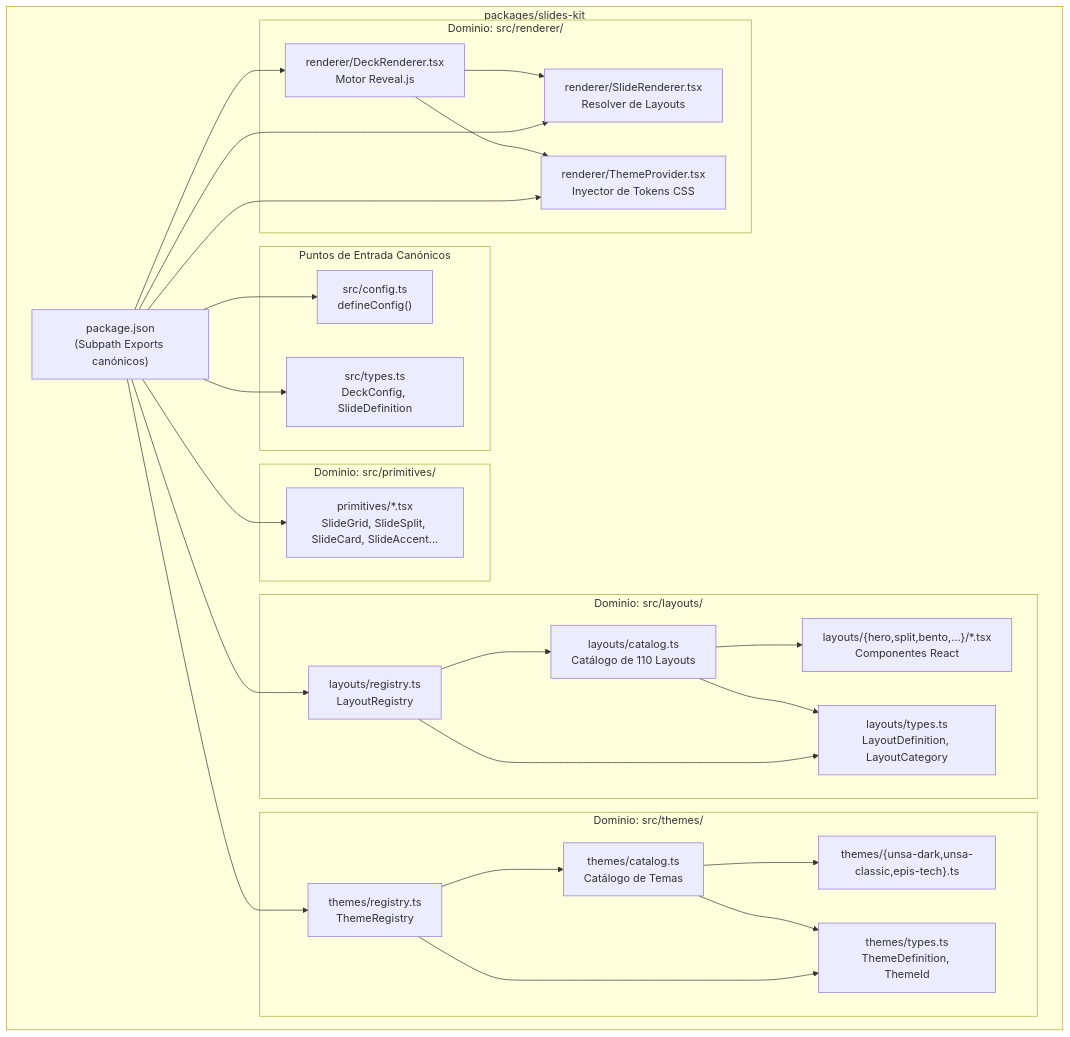
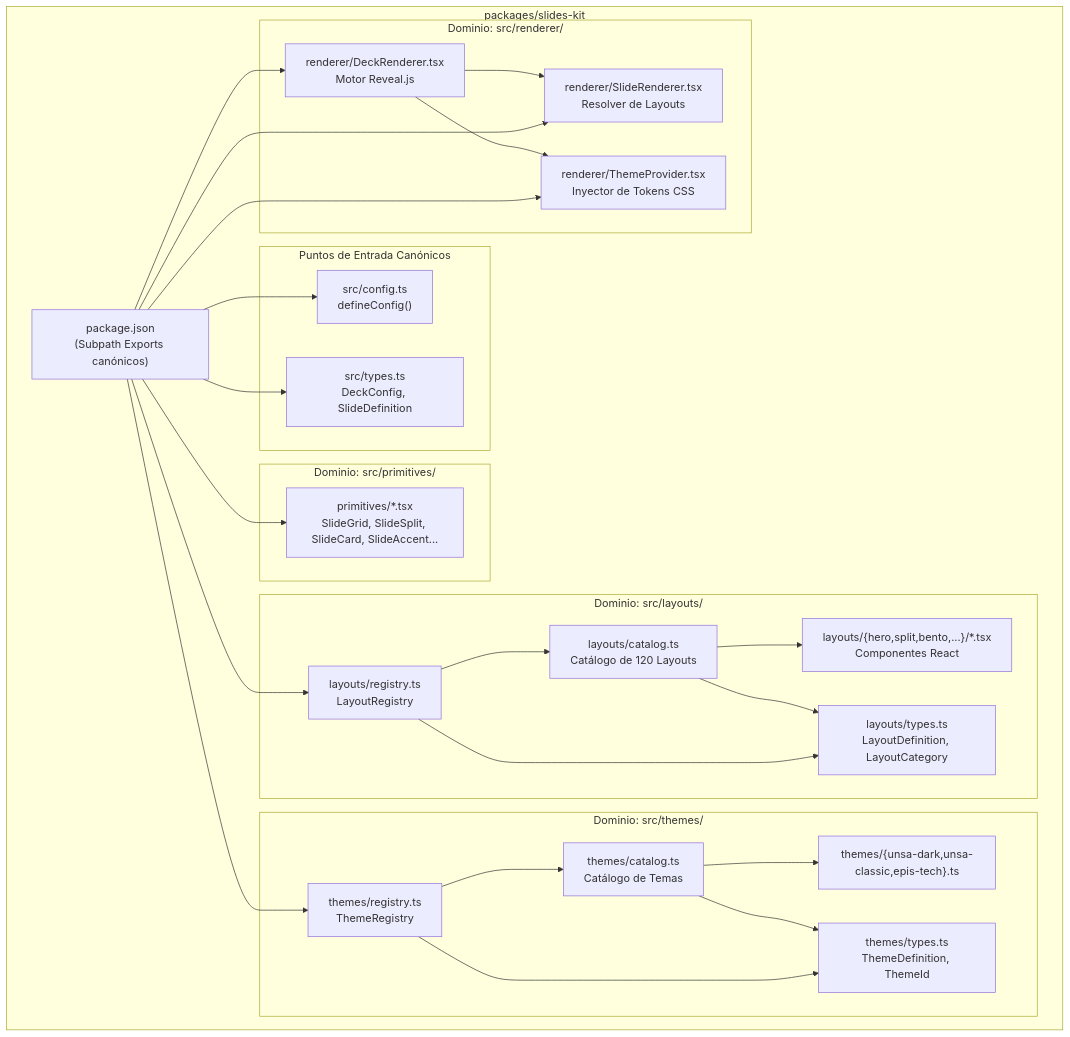
Before and after one commit to UNSAReport/UNSAReport2: the first of 3 diagrams in packages/slides-kit/README.md, drawn with Mermaid. The commit also changed other lines of this file and 28 other files, not shown here.

````diff
--- a/packages/slides-kit/README.md
+++ b/packages/slides-kit/README.md
@@ -20,57 +20,57 @@
 ```mermaid
 flowchart TD
     subgraph Package["packages/slides-kit"]
         PackageJson["package.json<br/>(Subpath Exports canónicos)"]
 
         subgraph Entrypoints["Puntos de Entrada Canónicos"]
             Config["src/config.ts<br/>defineConfig()"]
             Types["src/types.ts<br/>DeckConfig, SlideDefinition"]
         end
 
         subgraph LayoutsModule["Dominio: src/layouts/"]
             LRegistry["layouts/registry.ts<br/>LayoutRegistry"]
-            LCatalog["layouts/catalog.ts<br/>Catálogo de 110 Layouts"]
+            LCatalog["layouts/catalog.ts<br/>Catálogo de 120 Layouts"]
             LTypes["layouts/types.ts<br/>LayoutDefinition, LayoutCategory"]
             LComponents["layouts/{hero,split,bento,...}/*.tsx<br/>Componentes React"]
 
             LRegistry --> LCatalog
             LCatalog --> LComponents
             LCatalog --> LTypes
             LRegistry --> LTypes
         end
 
         subgraph ThemesModule["Dominio: src/themes/"]
             TRegistry["themes/registry.ts<br/>ThemeRegistry"]
             TCatalog["themes/catalog.ts<br/>Catálogo de Temas"]
             TTypes["themes/types.ts<br/>ThemeDefinition, ThemeId"]
             TFiles["themes/{unsa-dark,unsa-classic,epis-tech}.ts"]
 
             TRegistry --> TCatalog
             TCatalog --> TFiles
             TCatalog --> TTypes
             TRegistry --> TTypes
         end
 
         subgraph PrimitivesModule["Dominio: src/primitives/"]
             Prim["primitives/*.tsx<br/>SlideGrid, SlideSplit, SlideCard, SlideAccent..."]
         end
 
         subgraph RendererModule["Dominio: src/renderer/"]
             DeckR["renderer/DeckRenderer.tsx<br/>Motor Reveal.js"]
             SlideR["renderer/SlideRenderer.tsx<br/>Resolver de Layouts"]
             ThemeP["renderer/ThemeProvider.tsx<br/>Inyector de Tokens CSS"]
 
             DeckR --> SlideR
             DeckR --> ThemeP
         end
 
         PackageJson --> Config
         PackageJson --> Types
         PackageJson --> LRegistry
         PackageJson --> TRegistry
         PackageJson --> DeckR
         PackageJson --> SlideR
         PackageJson --> ThemeP
         PackageJson --> Prim
     end
 ```
````
